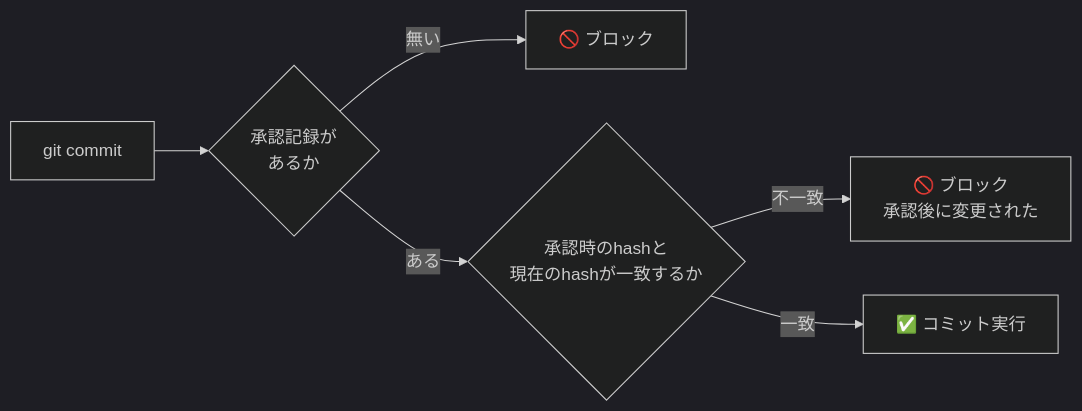
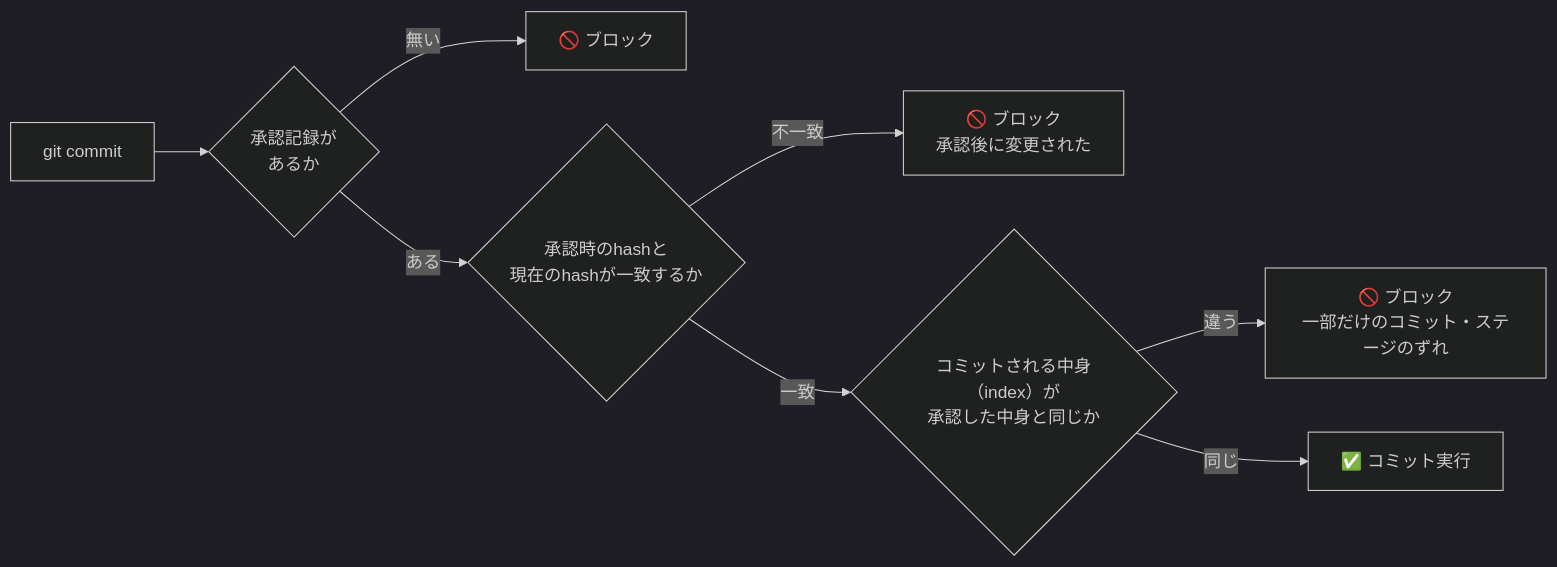
One commit to Harurow/chrome.ext.kabu-tantan changed the second of 2 diagrams in docs/WORKFLOW.md. Above: the diagram before and after it, drawn with Mermaid (dark theme). The commit also changed other lines of this file and 7 other files, not shown here.

````diff
--- a/docs/WORKFLOW.md
+++ b/docs/WORKFLOW.md
@@ -131,8 +131,10 @@
 ```mermaid
 flowchart LR
     A["git commit"] --> B{"承認記録が<br/>あるか"}
     B -->|"無い"| X1["🚫 ブロック"]
     B -->|"ある"| C{"承認時のhashと<br/>現在のhashが一致するか"}
     C -->|"不一致"| X2["🚫 ブロック<br/>承認後に変更された"]
-    C -->|"一致"| OK["✅ コミット実行"]
+    C -->|"一致"| D{"コミットされる中身（index）が<br/>承認した中身と同じか"}
+    D -->|"違う"| X3["🚫 ブロック<br/>一部だけのコミット・ステージのずれ"]
+    D -->|"同じ"| OK["✅ コミット実行"]
 ```
````
